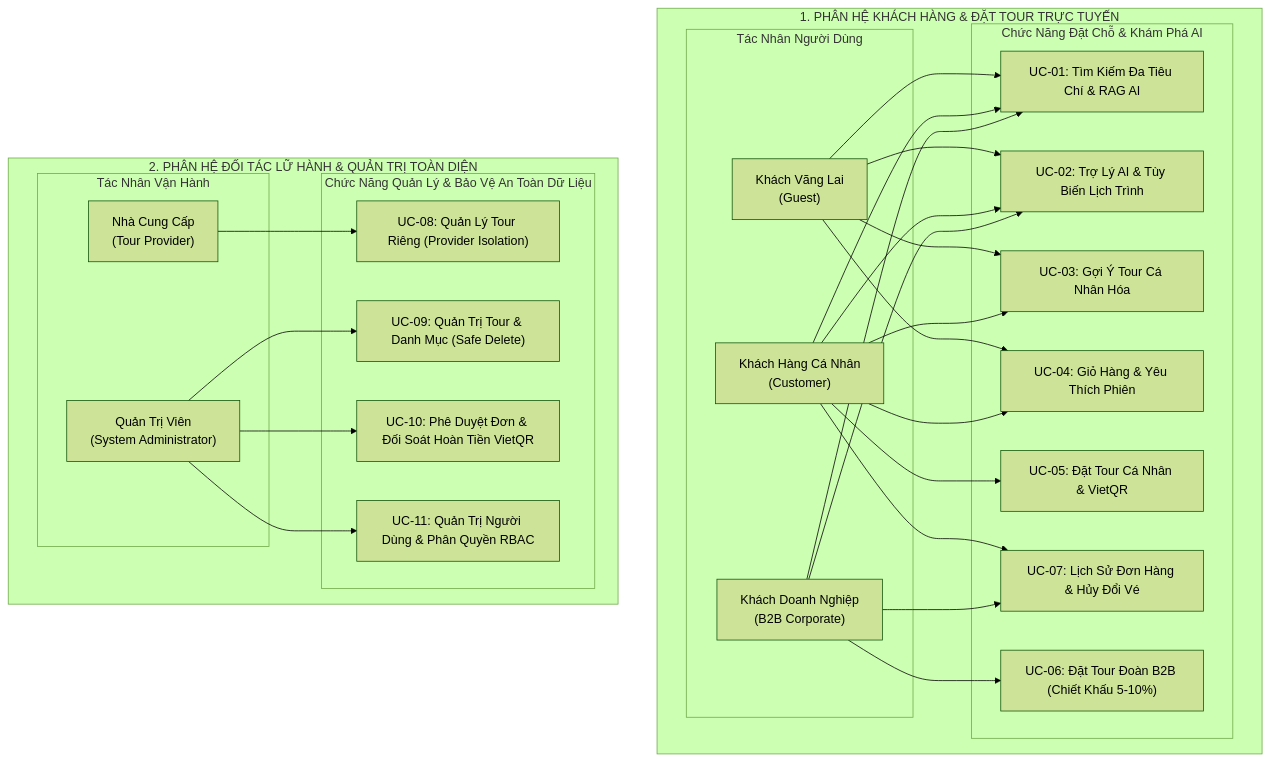
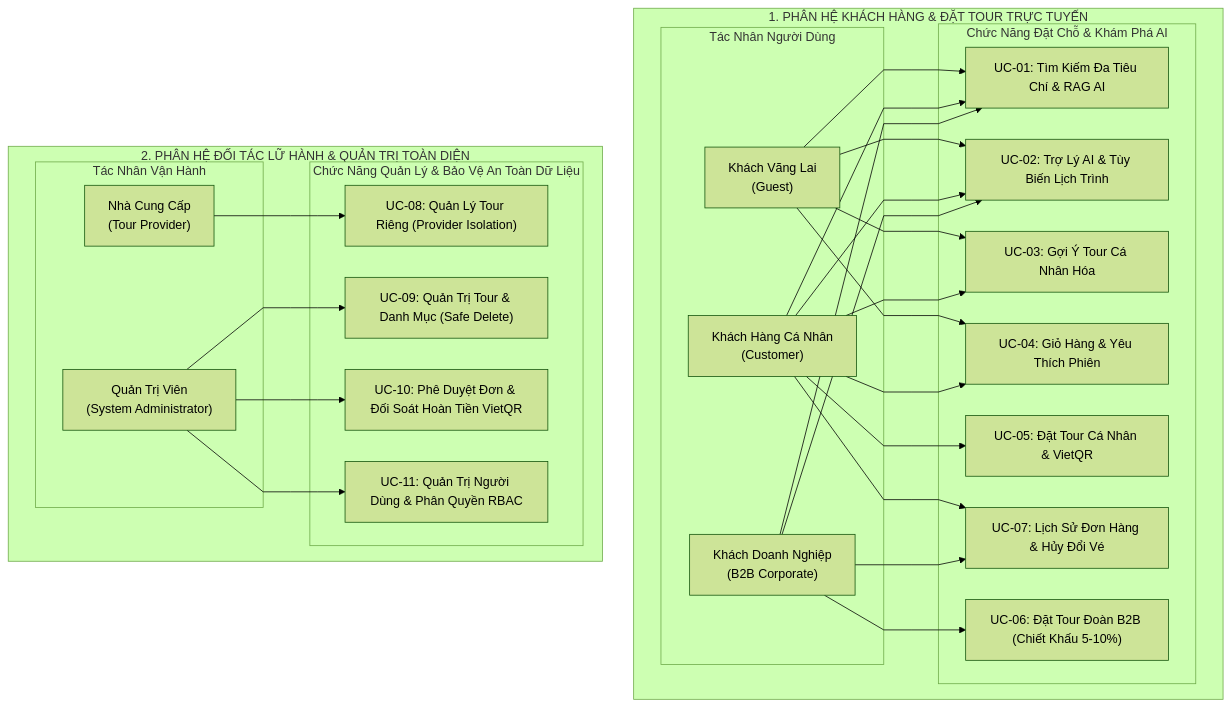
One commit to DaMilos35/JavaWWW_Nhom5_TourBooking changed the first of 7 diagrams in docs/DACTAC_KIENTRUC_VA_CHUNANG.md. Above: the diagram before and after it, drawn with Mermaid (forest theme). The commit also changed other lines of this file and 13 other files, not shown here.

Commit message:
feat: complete UI/UX OTA polish, 99-test suite, diagrams and final documentation

````diff
--- a/docs/DACTAC_KIENTRUC_VA_CHUNANG.md
+++ b/docs/DACTAC_KIENTRUC_VA_CHUNANG.md
@@ -74,65 +74,66 @@
 ```mermaid
+%%{init: {'flowchart': {'curve': 'linear', 'nodeSpacing': 40, 'rankSpacing': 45}}}%%
 flowchart TD
     %% ==========================================================
     %% 1. PHÂN HỆ KHÁCH HÀNG & TRẢI NGHIỆM ĐẶT TOUR
     %% ==========================================================
     subgraph SubCustomer["1. PHÂN HỆ KHÁCH HÀNG & ĐẶT TOUR TRỰC TUYẾN"]
         direction LR
         subgraph ActorsCustomer["Tác Nhân Người Dùng"]
             Guest["Khách Vãng Lai<br/>(Guest)"]
             Cust["Khách Hàng Cá Nhân<br/>(Customer)"]
             B2B["Khách Doanh Nghiệp<br/>(B2B Corporate)"]
         end
 
         subgraph UCsCustomer["Chức Năng Đặt Chỗ & Khám Phá AI"]
             UC01["UC-01: Tìm Kiếm Đa Tiêu Chí & RAG AI"]
             UC02["UC-02: Trợ Lý AI & Tùy Biến Lịch Trình"]
             UC03["UC-03: Gợi Ý Tour Cá Nhân Hóa"]
             UC04["UC-04: Giỏ Hàng & Yêu Thích Phiên"]
             UC05["UC-05: Đặt Tour Cá Nhân & VietQR"]
             UC06["UC-06: Đặt Tour Đoàn B2B (Chiết Khấu 5-10%)"]
             UC07["UC-07: Lịch Sử Đơn Hàng & Hủy Đổi Vé"]
         end
 
         Guest --> UC01
         Guest --> UC02
         Guest --> UC03
         Guest --> UC04
 
         Cust --> UC01
         Cust --> UC02
         Cust --> UC03
         Cust --> UC04
         Cust --> UC05
         Cust --> UC07
 
         B2B --> UC01
         B2B --> UC02
         B2B --> UC06
         B2B --> UC07
     end
 
     %% ==========================================================
     %% 2. PHÂN HỆ ĐỐI TÁC LỮ HÀNH & QUẢN TRỊ TOÀN DIỆN
     %% ==========================================================
     subgraph SubAdmin["2. PHÂN HỆ ĐỐI TÁC LỮ HÀNH & QUẢN TRỊ TOÀN DIỆN"]
         direction LR
         subgraph ActorsAdmin["Tác Nhân Vận Hành"]
             Provider["Nhà Cung Cấp<br/>(Tour Provider)"]
             Admin["Quản Trị Viên<br/>(System Administrator)"]
         end
 
         subgraph UCsAdmin["Chức Năng Quản Lý & Bảo Vệ An Toàn Dữ Liệu"]
             UC08["UC-08: Quản Lý Tour Riêng (Provider Isolation)"]
             UC09["UC-09: Quản Trị Tour & Danh Mục (Safe Delete)"]
             UC10["UC-10: Phê Duyệt Đơn & Đối Soát Hoàn Tiền VietQR"]
             UC11["UC-11: Quản Trị Người Dùng & Phân Quyền RBAC"]
         end
 
         Provider --> UC08
 
         Admin --> UC09
         Admin --> UC10
         Admin --> UC11
     end
 ```
````
